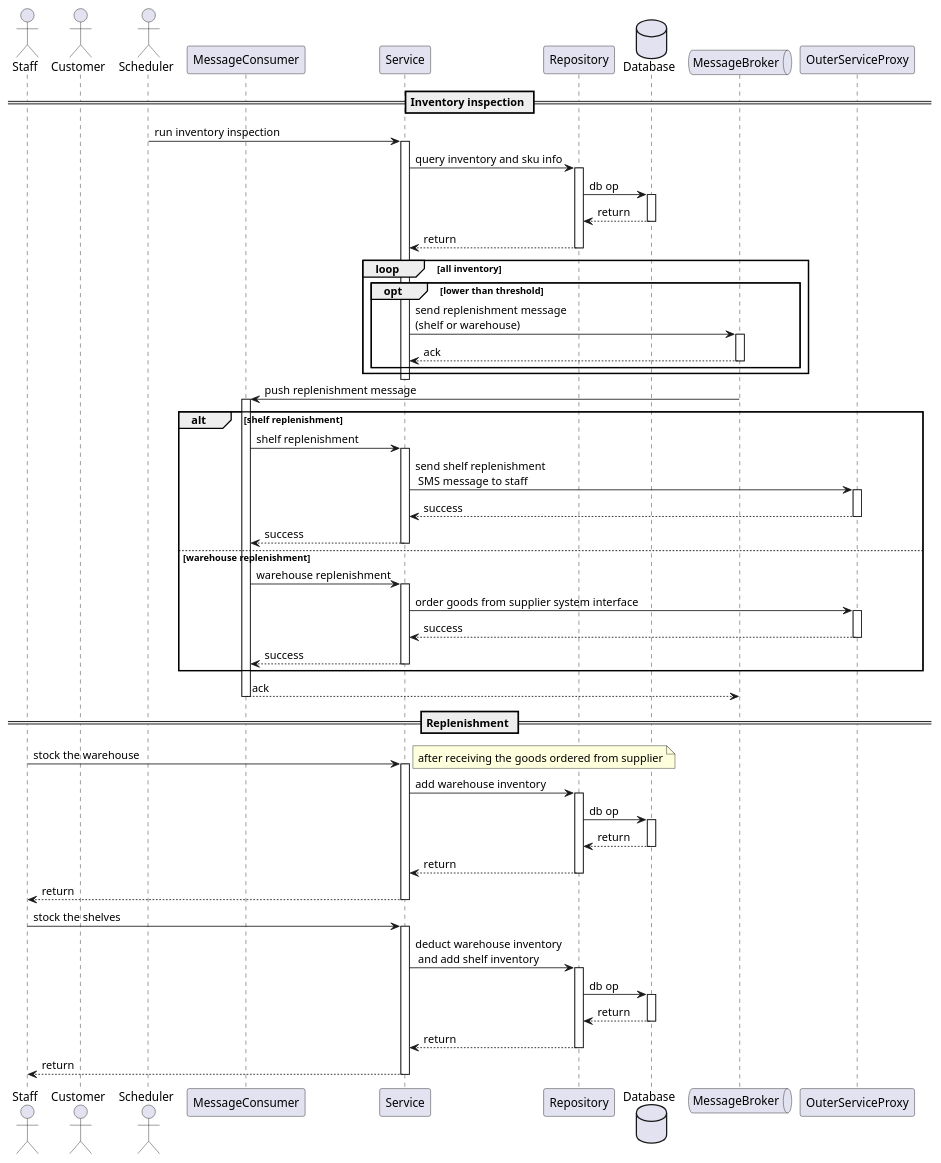
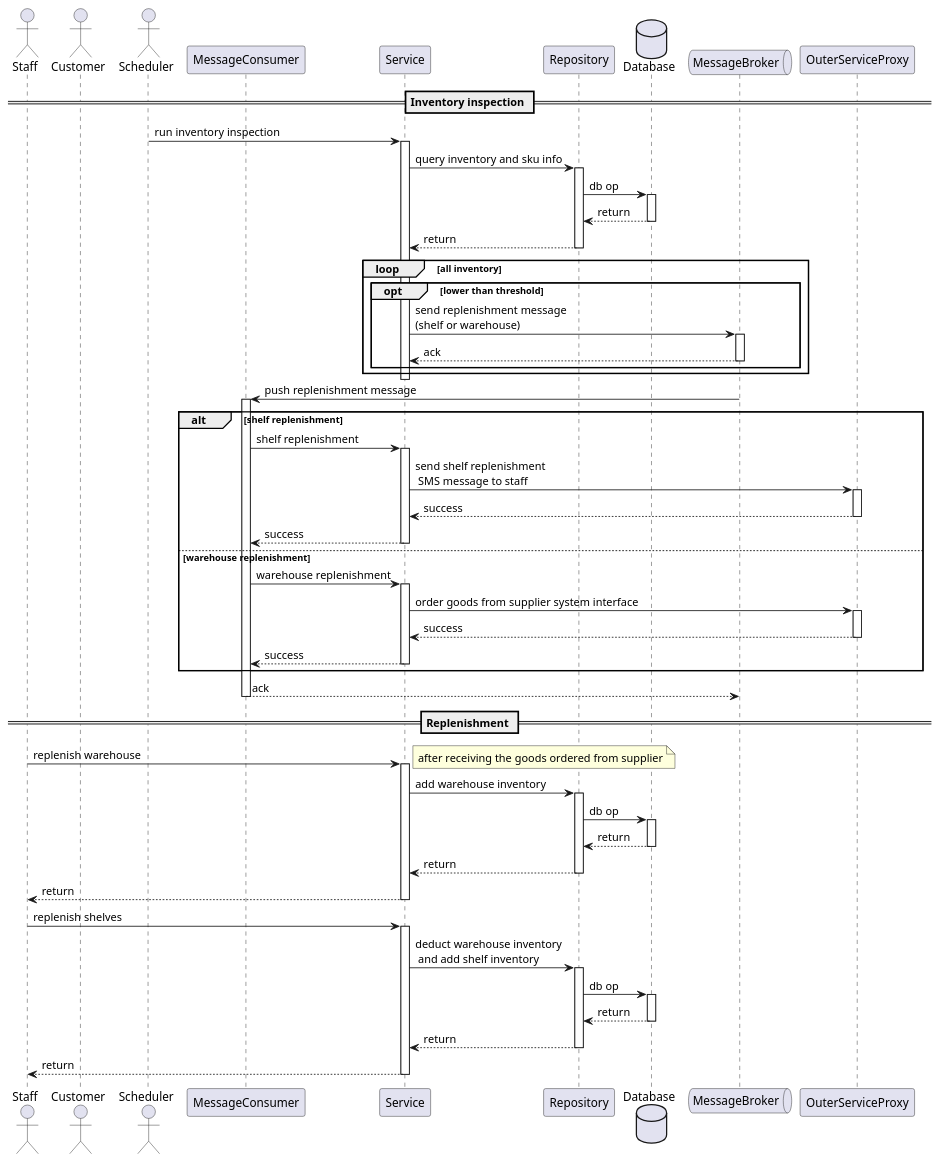
Before and after one commit to Jeromefromcn/JavaFinalProject8020: the second of 2 diagrams in uml/3. sequence.puml, drawn with PlantUML. The commit also changed 6 other files, not shown here.

```diff
--- a/uml/3. sequence.puml
+++ b/uml/3. sequence.puml
@@ -97,89 +97,89 @@
 @startuml
 
 actor "Staff" as staff
 actor "Customer" as cus
 actor "Scheduler" as sch
 participant "MessageConsumer" as mc
 participant Service as ser
 participant Repository as rep
 database Database as db
 queue MessageBroker as mb
 participant OuterServiceProxy as proxy
 
 == Inventory inspection ==
 
 sch -> ser: run inventory inspection
 activate ser
     ser -> rep: query inventory and sku info
     activate rep
         rep -> db: db op
         activate db
         db --> rep: return
         deactivate db
     rep --> ser: return
     deactivate rep
     loop all inventory
         opt lower than threshold
             ser -> mb: send replenishment message\n(shelf or warehouse)
             activate mb
             mb --> ser: ack
             deactivate mb
         end
     end
     deactivate ser
 
 mb -> mc: push replenishment message
 activate mc
     alt shelf replenishment
         mc -> ser: shelf replenishment
         activate ser
             ser -> proxy: send shelf replenishment \n SMS message to staff
             activate proxy
             proxy --> ser: success
             deactivate proxy
         ser --> mc: success
         deactivate ser
     else warehouse replenishment
         mc -> ser: warehouse replenishment
         activate ser
             ser -> proxy: order goods from supplier system interface
             activate proxy
             proxy --> ser: success
             deactivate proxy
         ser --> mc: success
         deactivate ser
     end
 mc --> mb: ack
 deactivate mc
 
 == Replenishment ==
 
-staff -> ser: stock the warehouse
+staff -> ser: replenish warehouse
 note right
 after receiving the goods ordered from supplier
 end note
 activate ser
     ser -> rep: add warehouse inventory
     activate rep
         rep -> db: db op
         activate db
         db --> rep: return
         deactivate db
     rep --> ser: return
     deactivate rep
 ser --> staff: return
 deactivate ser
 
-staff -> ser: stock the shelves
+staff -> ser: replenish shelves
 activate ser
     ser -> rep: deduct warehouse inventory \n and add shelf inventory
     activate rep
         rep -> db: db op
         activate db
         db --> rep: return
         deactivate db
     rep --> ser: return
     deactivate rep
 ser --> staff: return
 deactivate ser
 @enduml
```
